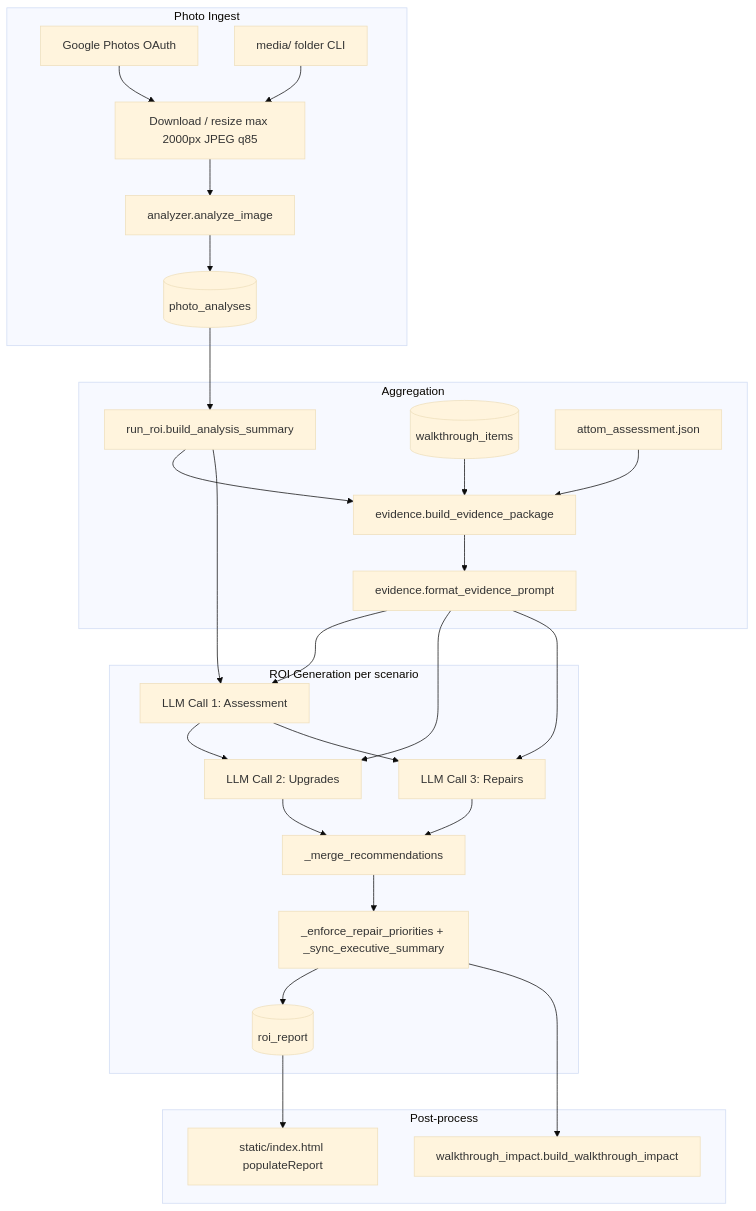
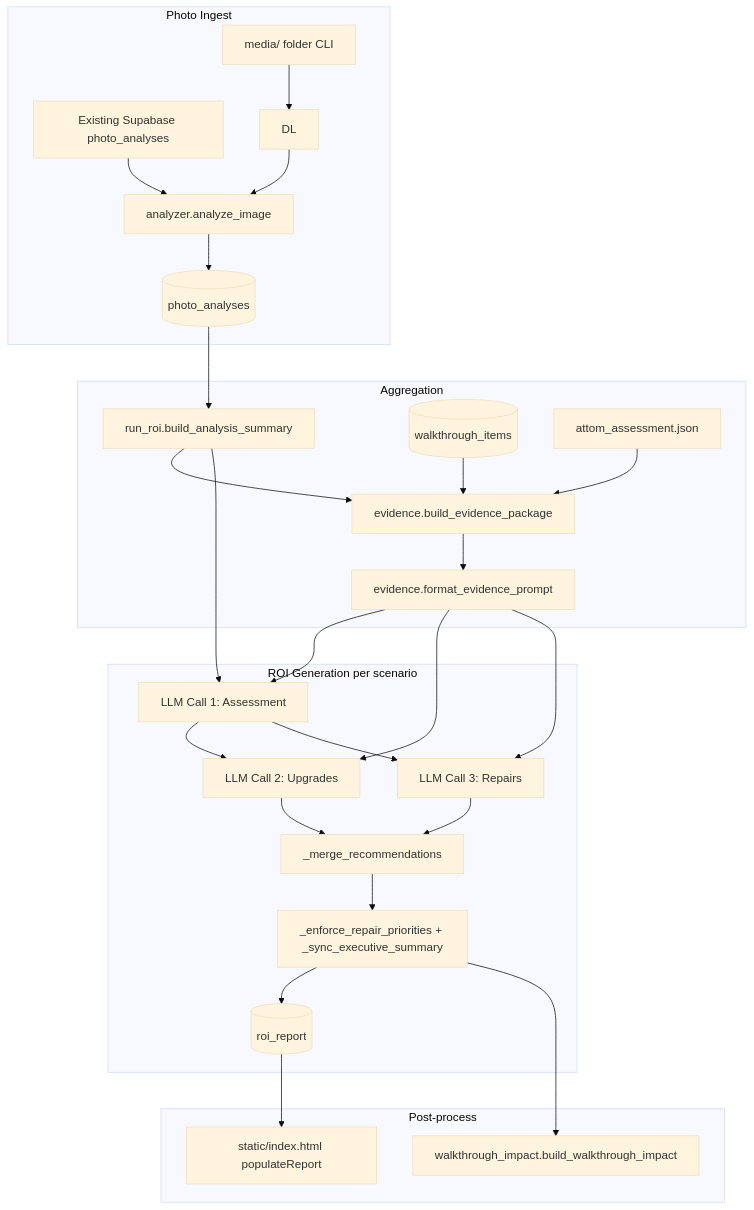
Before and after one commit to kireland3517/simpsonville-analyzer: the diagram in RECOMMENDATION_PIPELINE_AUDIT.md, drawn with Mermaid (base theme). The commit also changed other lines of this file and 14 other files, not shown here.

Commit message:
Remove Google import flow and add ROI market contract

````diff
--- a/RECOMMENDATION_PIPELINE_AUDIT.md
+++ b/RECOMMENDATION_PIPELINE_AUDIT.md
@@ -117,37 +117,37 @@
 ```mermaid
 flowchart TD
     subgraph ingest [Photo Ingest]
-        GP[Google Photos OAuth]
+        Existing[Existing Supabase photo_analyses]
         Local[media/ folder CLI]
-        GP --> DL[Download / resize max 2000px JPEG q85]
+        Existing --> Vision
         Local --> DL
         DL --> Vision[analyzer.analyze_image]
         Vision --> PADB[(photo_analyses)]
     end
 
     subgraph aggregate [Aggregation]
         PADB --> BAS[run_roi.build_analysis_summary]
         WT[(walkthrough_items)] --> EP[evidence.build_evidence_package]
         BAS --> EP
         ATTOM[attom_assessment.json] --> EP
         EP --> FEP[evidence.format_evidence_prompt]
     end
 
     subgraph roi [ROI Generation per scenario]
         FEP --> G1[LLM Call 1: Assessment]
         BAS --> G1
         G1 --> G2[LLM Call 2: Upgrades]
         G1 --> G3[LLM Call 3: Repairs]
         FEP --> G2
         FEP --> G3
         G2 --> Merge[_merge_recommendations]
         G3 --> Merge
         Merge --> Rules[_enforce_repair_priorities + _sync_executive_summary]
         Rules --> RDB[(roi_report)]
     end
 
     subgraph trace [Post-process]
         Rules --> WI[walkthrough_impact.build_walkthrough_impact]
         RDB --> UI[static/index.html populateReport]
     end
 ```
````
